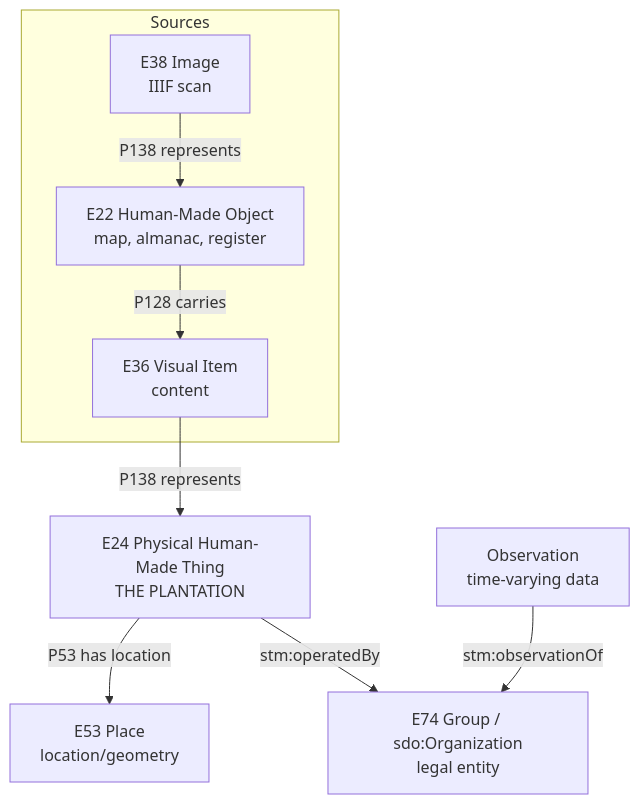
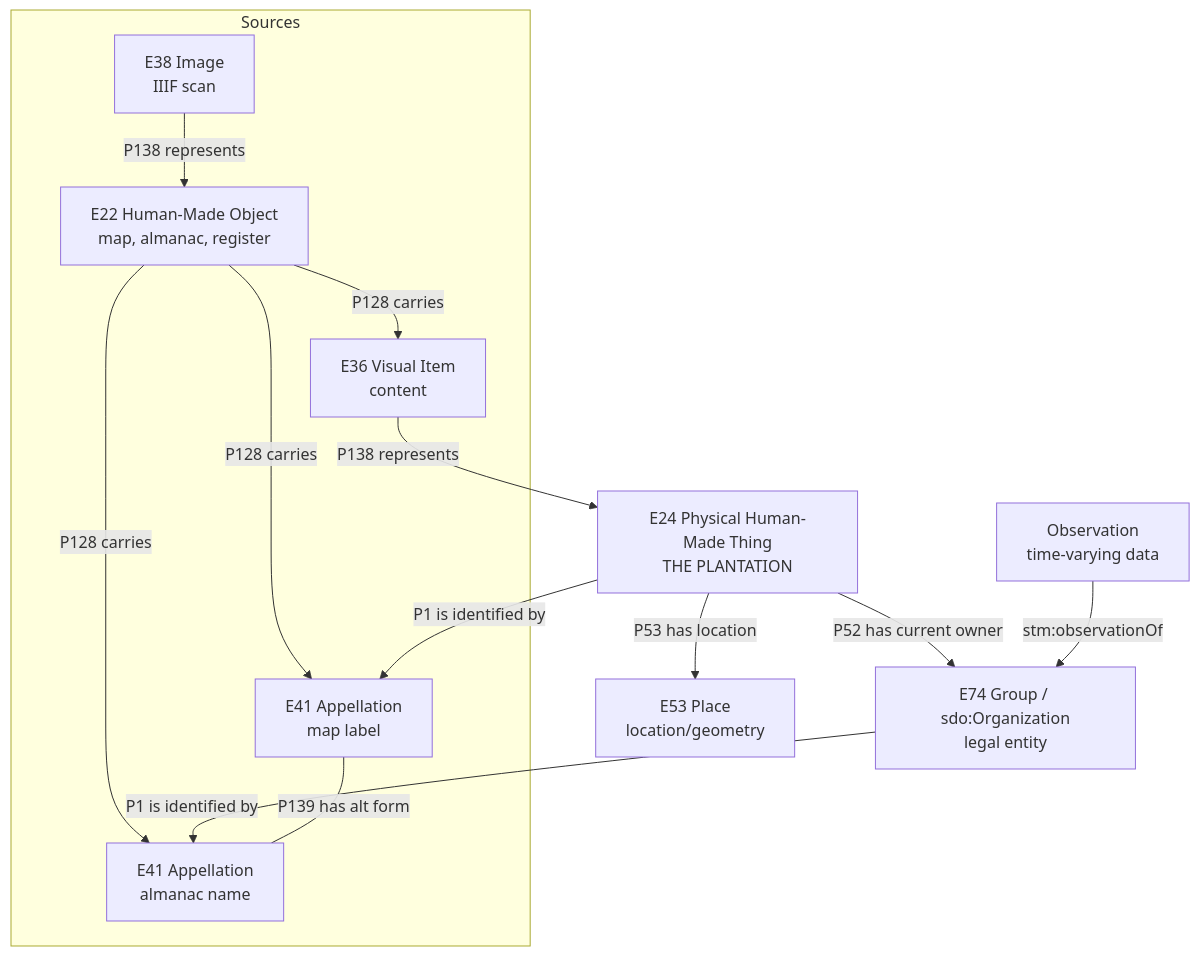
Before and after one commit to jonaschlegel/suriname-database-model: the first of 3 diagrams in .github/skills/data-model/SKILL.md, drawn with Mermaid. The commit also changed other lines of this file and 7 other files, not shown here.

````diff
--- a/.github/skills/data-model/SKILL.md
+++ b/.github/skills/data-model/SKILL.md
@@ -9,21 +9,28 @@
 ```mermaid
 flowchart TB
     subgraph Sources
         E22[E22 Human-Made Object<br/>map, almanac, register]
         E36[E36 Visual Item<br/>content]
         E38[E38 Image<br/>IIIF scan]
+        E41_MAP[E41 Appellation<br/>map label]
+    E41_ALM[E41 Appellation<br/>almanac name]
     end
 
     E24[E24 Physical Human-Made Thing<br/>THE PLANTATION]
     E53[E53 Place<br/>location/geometry]
     ORG[E74 Group / sdo:Organization<br/>legal entity]
     OBS[Observation<br/>time-varying data]
 
     E22 -->|P128 carries| E36
+    E22 -->|P128 carries| E41_MAP
+    E22 -->|P128 carries| E41_ALM
     E36 -->|P138 represents| E24
     E38 -->|P138 represents| E22
 
+    E24 -->|P1 is identified by| E41_MAP
+    ORG -->|P1 is identified by| E41_ALM
+    E41_MAP ---|P139 has alt form| E41_ALM
     E24 -->|P53 has location| E53
-    E24 -->|stm:operatedBy| ORG
+    E24 -->|P52 has current owner| ORG
     OBS -->|stm:observationOf| ORG
 ```
````
